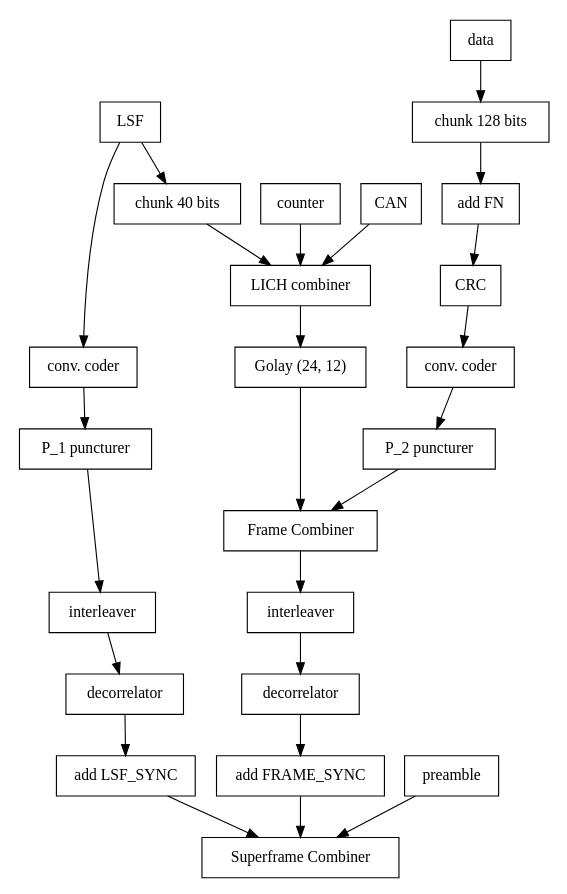
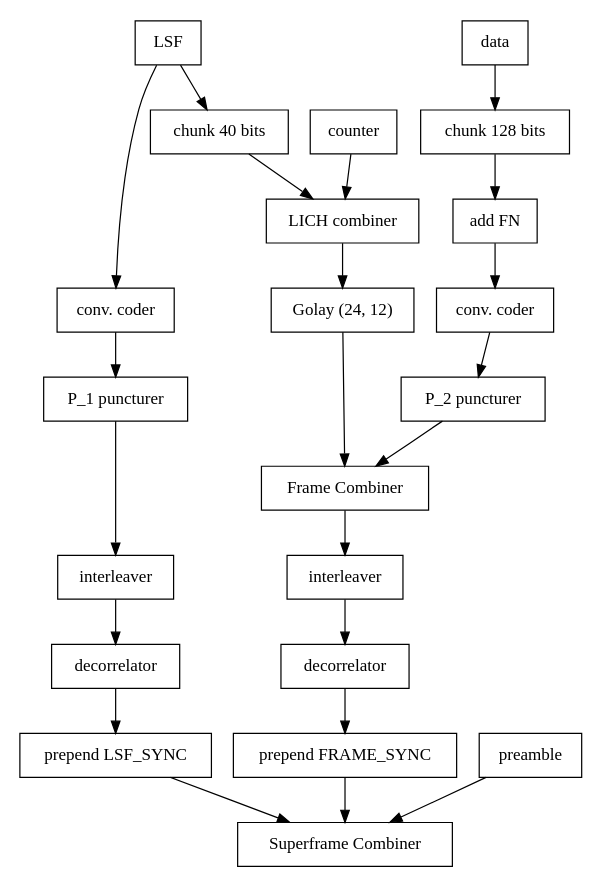
Before and after one commit to M17-Project/M17_spec: the diagram in docs/data_link_layer.rst, drawn with Graphviz. The commit also changed other lines of this file, not shown here.

First line of the commit message:
Update data_link_layer.rst

```diff
--- a/docs/data_link_layer.rst
+++ b/docs/data_link_layer.rst
@@ -185,38 +183,37 @@
 .. graphviz::
    :caption: An overview of the forward dataflow
 
    digraph D{
      size="4,6";
      node [shape=record];
      {rank=same c0 c1 golay_24_12}
      {rank=same p0 p1}
      {rank=same i0 i1}
 
      c0[label="conv. coder"]
      p0[label="P_1 puncturer"]
      i0[label="interleaver"]
      w0[label="decorrelator"]
-     s0[label="add LSF_SYNC"]
+     s0[label="prepend LSF_SYNC"]
      l0[label="LICH combiner"]
      chunker_40[label="chunk 40 bits"]
      golay_24_12[label="Golay (24, 12)"]
 
      c1[label="conv. coder"]
      p1[label="P_2 puncturer"]
      i1[label="interleaver"]
      w1[label="decorrelator"]
-     s1[label="add FRAME_SYNC"]
+     s1[label="prepend FRAME_SYNC"]
      fn[label="add FN"]
      chunker_128[label="chunk 128 bits"]
 
      framecomb[label="Frame Combiner"]
      supercomb[label="Superframe Combiner"]
 
      counter -> l0
-     "CAN" -> l0
      LSF -> c0 -> p0 -> i0 -> w0 -> s0 -> supercomb
      LSF -> chunker_40 -> l0 -> golay_24_12 -> framecomb
-     data -> chunker_128 -> fn -> CRC -> c1 -> p1 -> framecomb
+     data -> chunker_128 -> fn -> c1 -> p1 -> framecomb
      framecomb -> i1 -> w1 -> s1 -> supercomb
      preamble -> supercomb
    }
```
